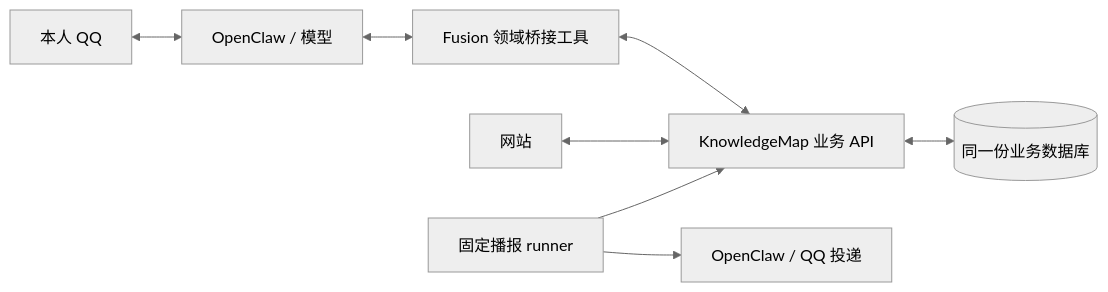
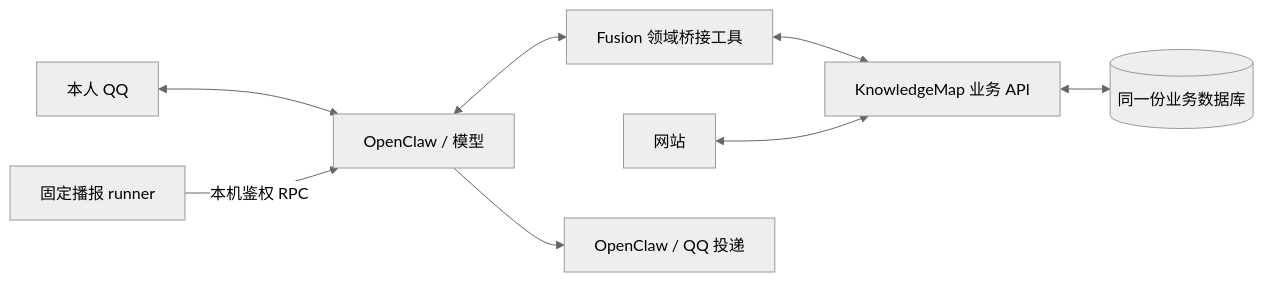
One commit to zsh-afrangry/MyBot changed the diagram in docs/23_KnowledgeMap业务能力桥接.md. Above: the diagram before and after it, drawn with Mermaid (neutral theme). The commit also changed other lines of this file and 20 other files, not shown here.

````diff
--- a/docs/23_KnowledgeMap业务能力桥接.md
+++ b/docs/23_KnowledgeMap业务能力桥接.md
@@ -106,10 +106,10 @@
 ```mermaid
 flowchart LR
   QQ[本人 QQ] <--> OC[OpenClaw / 模型]
   OC <--> Tools[Fusion 领域桥接工具]
   Tools <--> API[KnowledgeMap 业务 API]
   Web[网站] <--> API
   API <--> DB[(同一份业务数据库)]
-  Cron[固定播报 runner] --> API
-  Cron --> Delivery[OpenClaw / QQ 投递]
+  Cron[固定播报 runner] -->|本机鉴权 RPC| OC
+  OC --> Delivery[OpenClaw / QQ 投递]
 ```
````
